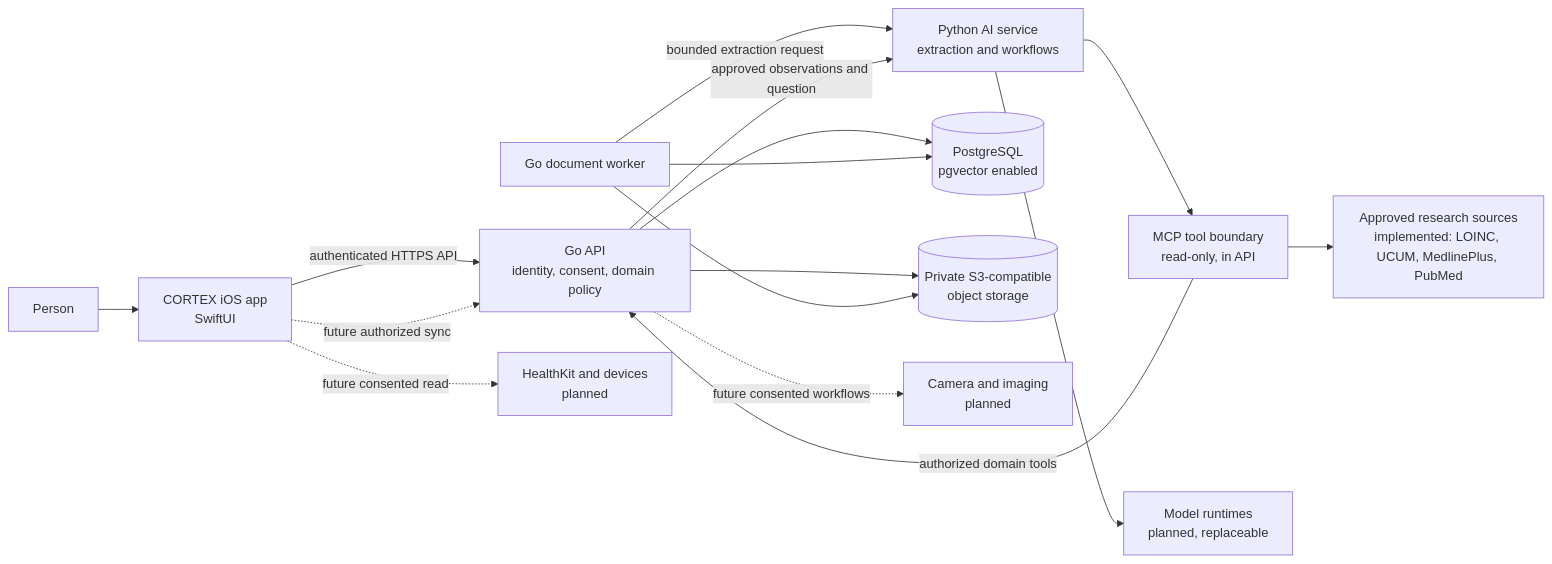
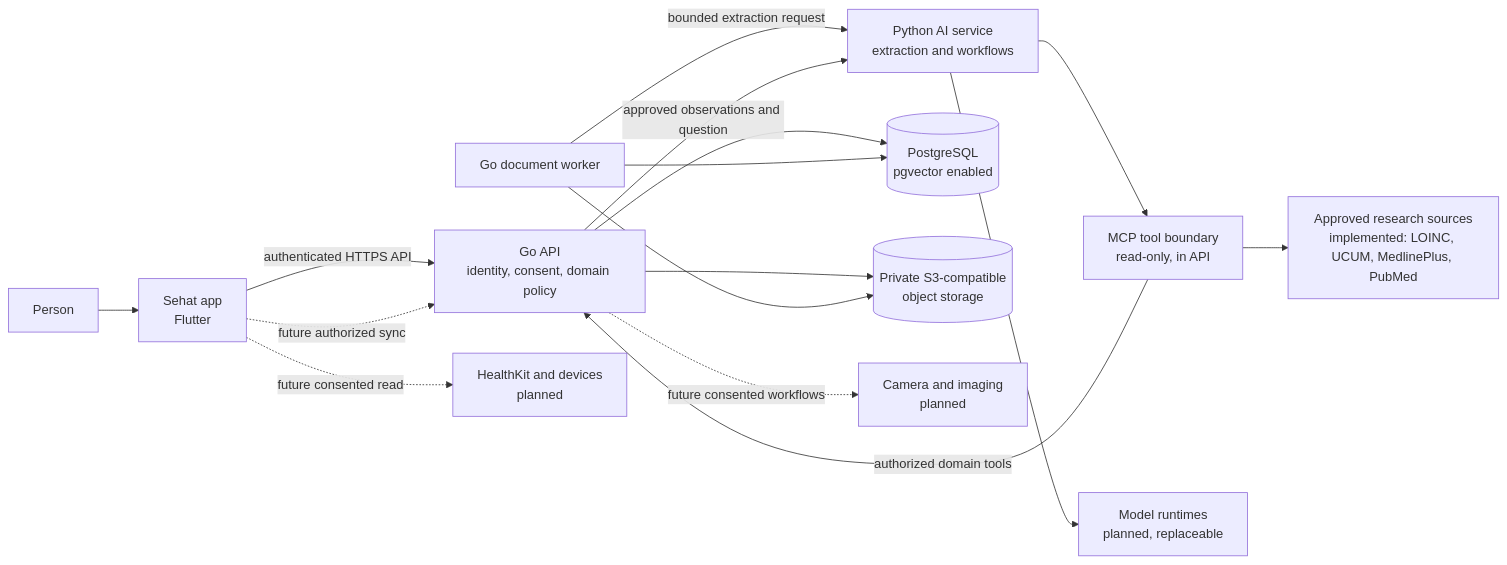
One commit to sahil0017/HealthAgentApp changed the first of 3 diagrams in architecture/full-architecture.md. Above: the diagram before and after it, drawn with Mermaid. The commit also changed 70 other files, not shown here.

Commit message:
Remove Swift and web clients; update README, wiki, modules and CI for Flutter

````diff
--- a/architecture/full-architecture.md
+++ b/architecture/full-architecture.md
@@ -21,31 +21,31 @@
 ```mermaid
 flowchart LR
     Person[Person]
-    iOS[CORTEX iOS app<br/>SwiftUI]
+    iOS[Sehat app<br/>Flutter]
     API[Go API<br/>identity, consent, domain policy]
     Worker[Go document worker]
     AI[Python AI service<br/>extraction and workflows]
     MCP[MCP tool boundary<br/>read-only, in API]
     PG[(PostgreSQL<br/>pgvector enabled)]
     Objects[(Private S3-compatible<br/>object storage)]
     Models[Model runtimes<br/>planned, replaceable]
     Research[Approved research sources<br/>implemented: LOINC, UCUM, MedlinePlus, PubMed]
     HealthKit[HealthKit and devices<br/>planned]
     Vision[Camera and imaging<br/>planned]
 
     Person --> iOS
     iOS -->|authenticated HTTPS API| API
     API --> PG
     API --> Objects
     Worker --> PG
     Worker --> Objects
     Worker -->|bounded extraction request| AI
     API -->|approved observations and question| AI
     AI --> Models
     AI --> MCP
     MCP -->|authorized domain tools| API
     MCP --> Research
     iOS -. future consented read .-> HealthKit
     iOS -. future authorized sync .-> API
     API -. future consented workflows .-> Vision
 ```
````
